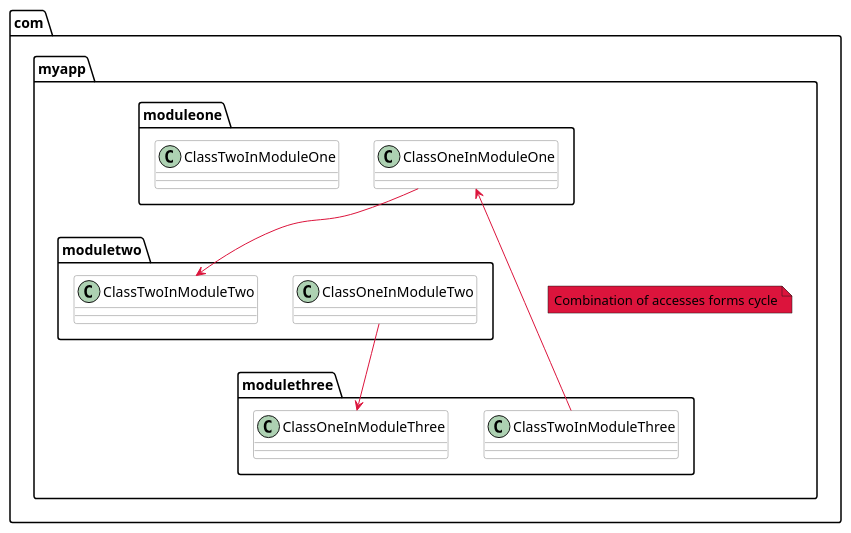
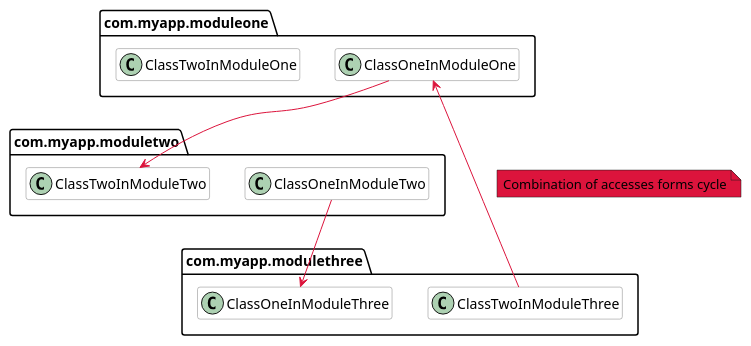
One commit to TNG/ArchUnit changed the ninth of 9 diagrams in userguide/004_What_to_Check.adoc. Above: the diagram before and after it, drawn with PlantUML. The commit also changed other lines of this file and 53 other files, not shown here.

```diff
--- a/userguide/004_What_to_Check.adoc
+++ b/userguide/004_What_to_Check.adoc
@@ -273,32 +294,36 @@
-[plantuml, "cycle-check"]
+[plantuml, "cycle-check", svg, opts=interactive]
 ----
+@startuml
+hide empty members
+set separator none
 skinparam componentStyle uml2
 
 skinparam component {
   BorderColor #grey
   BackgroundColor #white
 }
 
 skinparam class {
   BorderColor #grey
   BackgroundColor #white
 }
 
 package com.myapp.moduleone {
     class ClassOneInModuleOne
     class ClassTwoInModuleOne
 }
 package com.myapp.moduletwo {
     class ClassOneInModuleTwo
     class ClassTwoInModuleTwo
 }
 package com.myapp.modulethree {
     class ClassOneInModuleThree
     class ClassTwoInModuleThree
 }
 
 ClassOneInModuleOne --> ClassTwoInModuleTwo #crimson
 ClassOneInModuleTwo --> ClassOneInModuleThree #crimson
 ClassTwoInModuleThree --> ClassOneInModuleOne #crimson
 note right on link #crimson: Combination of accesses forms cycle
+@enduml
 ----
```
